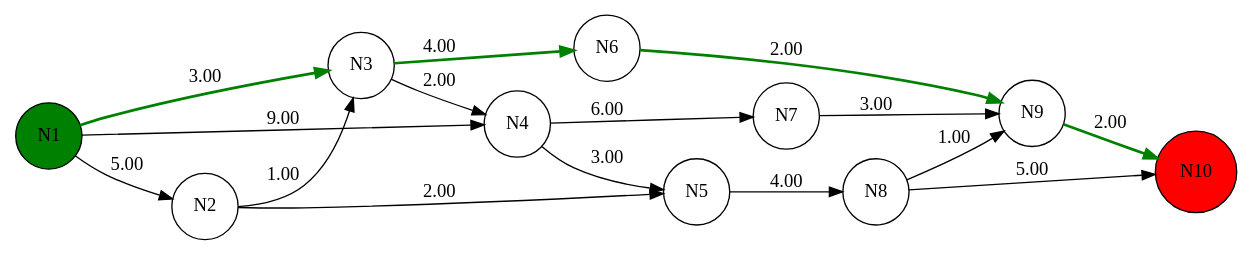
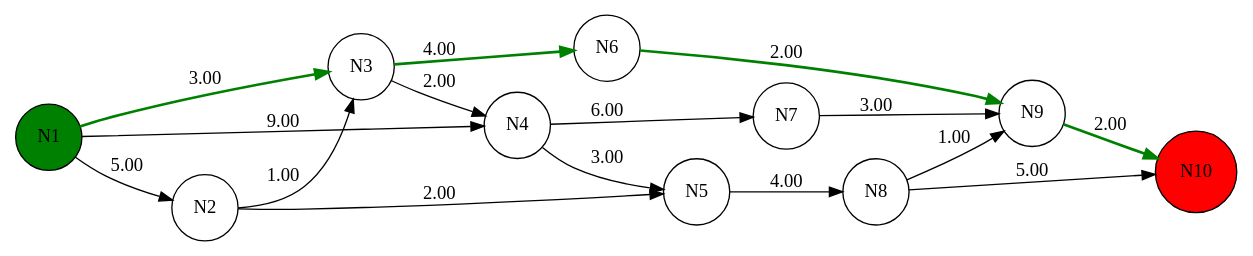
One commit to lucasmelodev1/grafos-astar changed the diagram in exemplos/rede_densa/saida.dot. Above: the diagram before and after it, drawn with Graphviz. The commit also changed other lines of this file and 15 other files, not shown here.

```diff
--- a/exemplos/rede_densa/saida.dot
+++ b/exemplos/rede_densa/saida.dot
@@ -1,21 +1,21 @@
 digraph G {
   rankdir=LR;
   node [shape=circle];
   "N1" [style=filled, fillcolor=green];
   "N10" [style=filled, fillcolor=red];
+  "N4" -> "N5" [label="3.00", style=solid, color=black];
+  "N4" -> "N7" [label="6.00", style=solid, color=black];
+  "N7" -> "N9" [label="3.00", style=solid, color=black];
   "N2" -> "N3" [label="1.00", style=solid, color=black];
   "N2" -> "N5" [label="2.00", style=solid, color=black];
   "N3" -> "N4" [label="2.00", style=solid, color=black];
   "N3" -> "N6" [label="4.00", style=bold, color=green];
   "N5" -> "N8" [label="4.00", style=solid, color=black];
   "N6" -> "N9" [label="2.00", style=bold, color=green];
   "N8" -> "N9" [label="1.00", style=solid, color=black];
   "N8" -> "N10" [label="5.00", style=solid, color=black];
   "N9" -> "N10" [label="2.00", style=bold, color=green];
   "N1" -> "N2" [label="5.00", style=solid, color=black];
   "N1" -> "N3" [label="3.00", style=bold, color=green];
   "N1" -> "N4" [label="9.00", style=solid, color=black];
-  "N4" -> "N5" [label="3.00", style=solid, color=black];
-  "N4" -> "N7" [label="6.00", style=solid, color=black];
-  "N7" -> "N9" [label="3.00", style=solid, color=black];
 }
```
